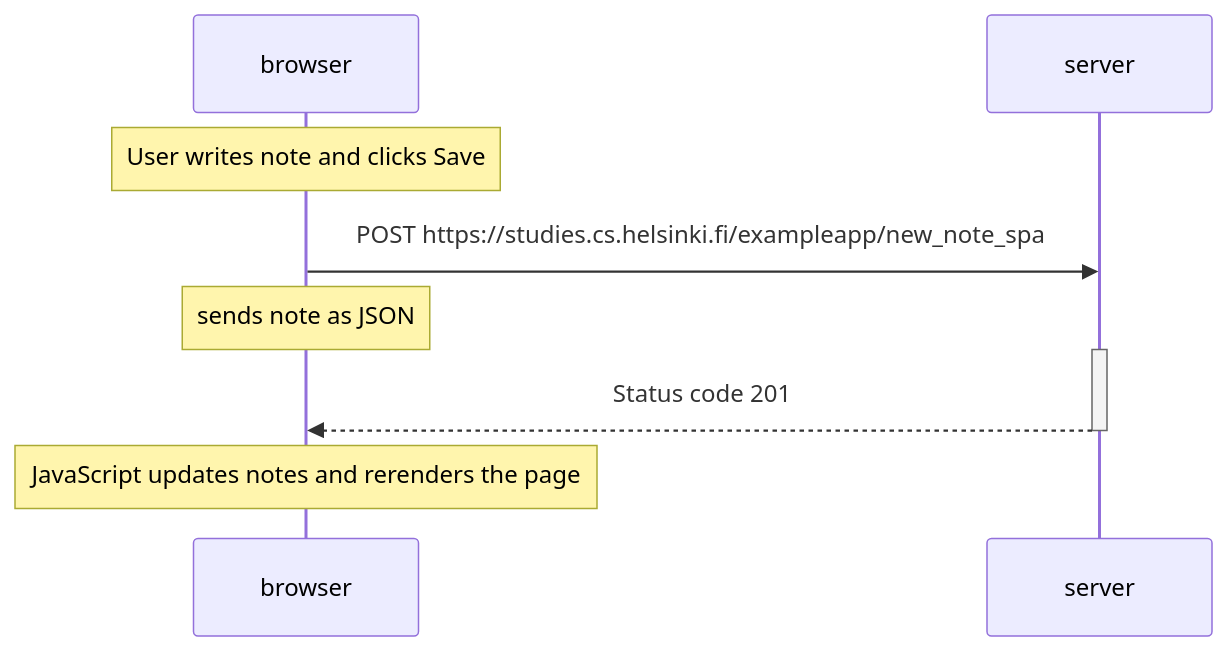
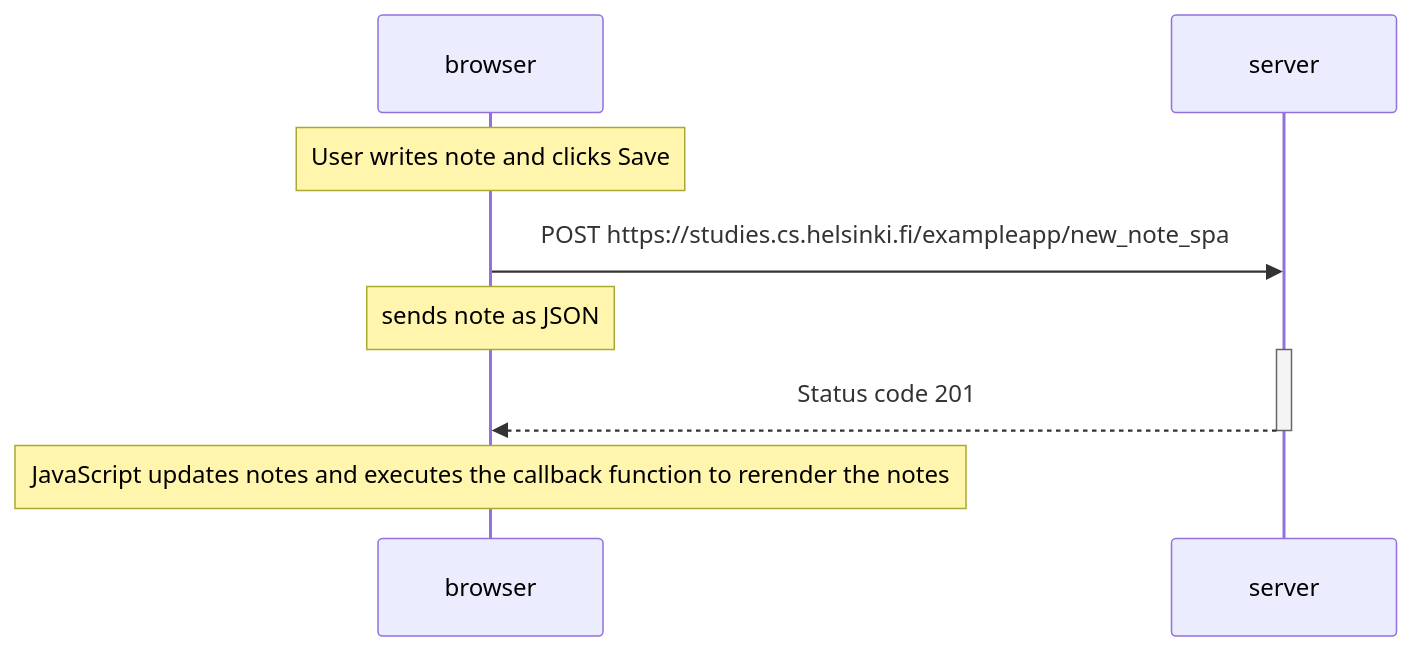
Before and after one commit to tarunvyas-maglabs/part0: the diagram in new-note-in-single-page-app-diagram.md, drawn with Mermaid. The commit also changed 2 other files, not shown here.

Commit message:
Edited notes

````diff
--- a/new-note-in-single-page-app-diagram.md
+++ b/new-note-in-single-page-app-diagram.md
@@ -1,15 +1,15 @@
 ```mermaid
 sequenceDiagram
     participant browser
     participant server
 
     Note over browser: User writes note and clicks Save
 
     browser->>server: POST https://studies.cs.helsinki.fi/exampleapp/new_note_spa
     Note over browser: sends note as JSON
     activate server
     server-->>browser: Status code 201
     deactivate server
     
-    Note over browser: JavaScript updates notes and rerenders the page
+    Note over browser: JavaScript updates notes and executes the callback function to rerender the notes 
 ```
````
